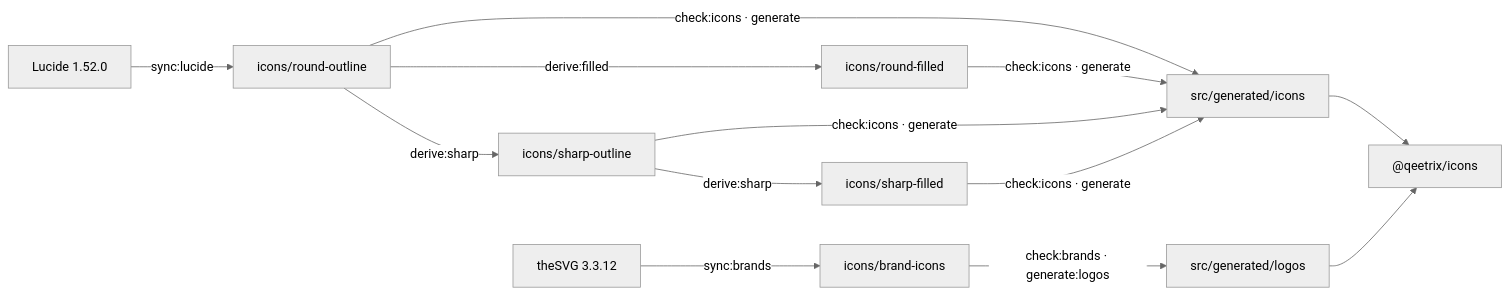
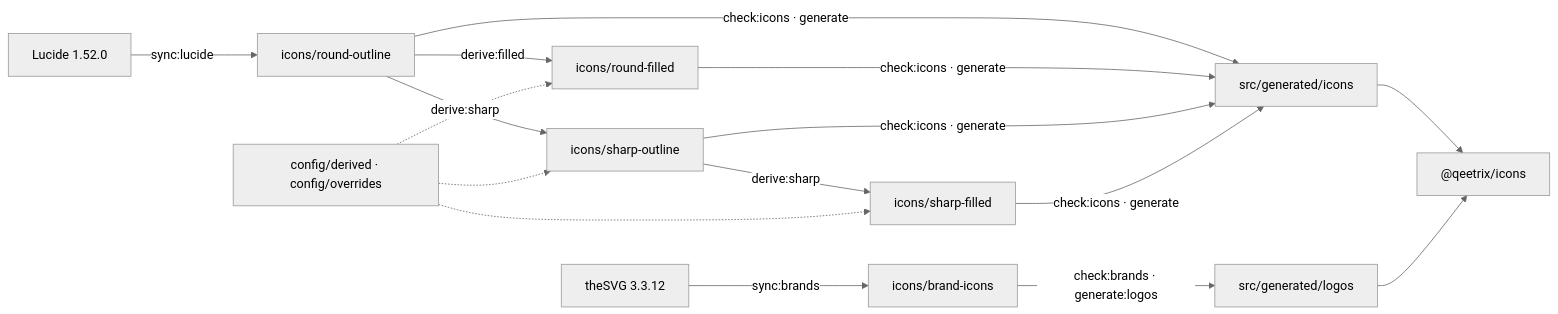
Before and after one commit to qeetgroup/qeetrix-icons: the diagram in README.md, drawn with Mermaid (neutral theme). The commit also changed other lines of this file, not shown here.

````diff
--- a/README.md
+++ b/README.md
@@ -301,12 +375,13 @@
 ```mermaid
 flowchart LR
   L["Lucide 1.52.0"] -->|sync:lucide| RO["icons/round-outline"]
   RO -->|derive:filled| RF["icons/round-filled"]
   RO -->|derive:sharp| SO["icons/sharp-outline"]
   SO -->|derive:sharp| SF["icons/sharp-filled"]
+  C["config/derived · config/overrides"] -.-> RF & SO & SF
   RO & RF & SO & SF -->|check:icons · generate| GI["src/generated/icons"]
   T["theSVG 3.3.12"] -->|sync:brands| B["icons/brand-icons"]
   B -->|check:brands · generate:logos| GL["src/generated/logos"]
   GI --> P["@qeetrix/icons"]
   GL --> P
 ```
````
